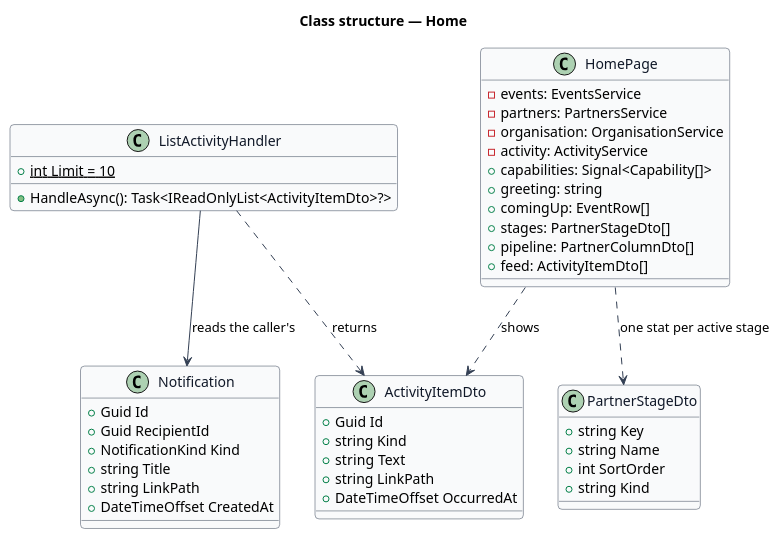
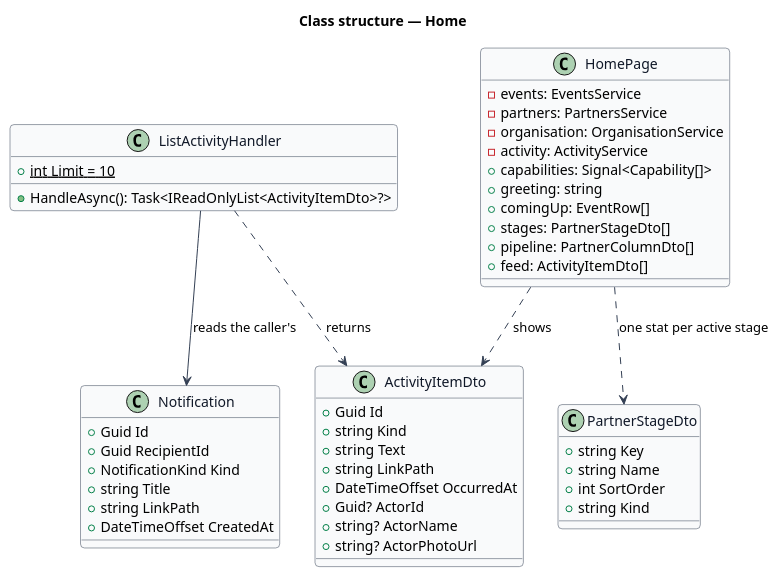
One commit to QuinntyneBrown/faithtech-community changed the diagram in docs/detailed-designs/platform/home/diagrams/class-structure.puml. Above: the diagram before and after it, drawn with PlantUML. The commit also changed 112 other files, not shown here.

```diff
--- a/docs/detailed-designs/platform/home/diagrams/class-structure.puml
+++ b/docs/detailed-designs/platform/home/diagrams/class-structure.puml
@@ -1,54 +1,57 @@
 @startuml
 skinparam backgroundColor #FFFFFF
 skinparam shadowing false
 skinparam roundcorner 8
 skinparam defaultFontName Arial
 skinparam ArrowColor #344054
 skinparam class {
   BorderColor #344054
   FontColor #101828
   BackgroundColor #F9FAFB
 }
 title Class structure — Home
 class ListActivityHandler {
   +{static} int Limit = 10
   +HandleAsync(): Task<IReadOnlyList<ActivityItemDto>?>
 }
 class ActivityItemDto {
   +Guid Id
   +string Kind
   +string Text
   +string LinkPath
   +DateTimeOffset OccurredAt
+  +Guid? ActorId
+  +string? ActorName
+  +string? ActorPhotoUrl
 }
 class Notification {
   +Guid Id
   +Guid RecipientId
   +NotificationKind Kind
   +string Title
   +string LinkPath
   +DateTimeOffset CreatedAt
 }
 class PartnerStageDto {
   +string Key
   +string Name
   +int SortOrder
   +string Kind
 }
 class HomePage {
   -events: EventsService
   -partners: PartnersService
   -organisation: OrganisationService
   -activity: ActivityService
   +capabilities: Signal<Capability[]>
   +greeting: string
   +comingUp: EventRow[]
   +stages: PartnerStageDto[]
   +pipeline: PartnerColumnDto[]
   +feed: ActivityItemDto[]
 }
 HomePage ..> PartnerStageDto : one stat per active stage
 ListActivityHandler --> Notification : reads the caller's
 ListActivityHandler ..> ActivityItemDto : returns
 HomePage ..> ActivityItemDto : shows
 @enduml
```
